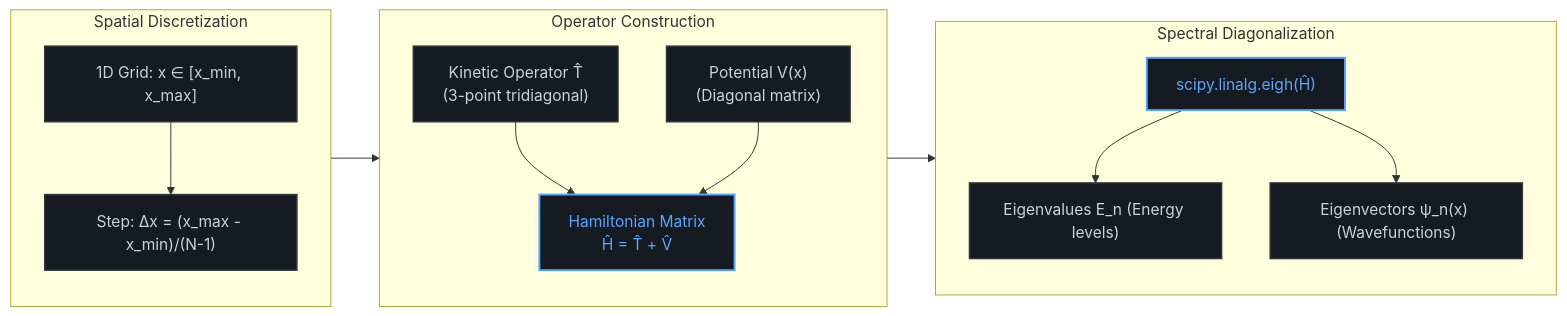
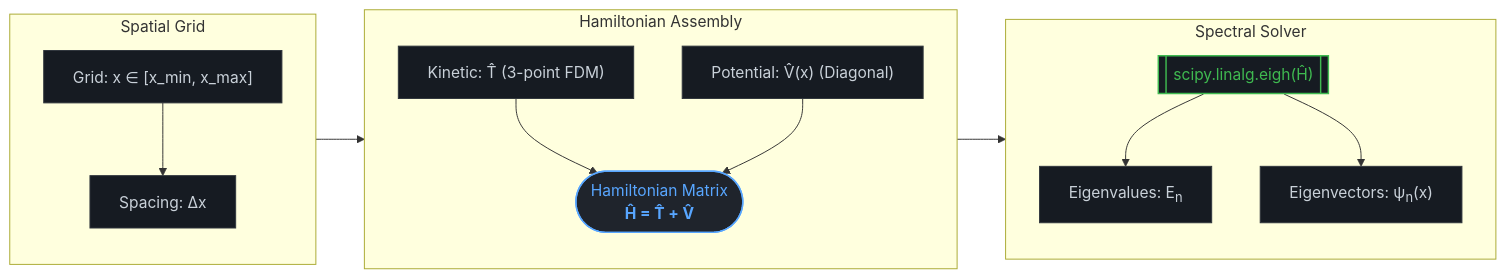
The diagram in README.md (Pau-Gallego-Cistero/computational-quantum-mechanics), drawn with Mermaid before and after one commit.

Commit message:
Refactor README.md flowchart for clarity and style

````diff
--- a/README.md
+++ b/README.md
@@ -16,26 +16,36 @@
 ```mermaid
 flowchart LR
-    subgraph Grid ["Spatial Discretization"]
+    subgraph S1 ["Spatial Grid"]
         direction TB
-        A["1D Grid: x ∈ [x_min, x_max]"] --> B["Step: Δx = (x_max - x_min)/(N-1)"]
+        A["Grid: x ∈ [x_min, x_max]"]
+        B["Spacing: Δx"]
+        A --> B
     end
 
-    subgraph Operator ["Operator Construction"]
+    subgraph S2 ["Hamiltonian Assembly"]
         direction TB
-        C["Kinetic Operator T̂<br/>(3-point tridiagonal)"]
-        D["Potential V(x)<br/>(Diagonal matrix)"]
-        C & D --> E["Hamiltonian Matrix<br/>Ĥ = T̂ + V̂"]
+        C["Kinetic: T̂ (3-point FDM)"]
+        D["Potential: V̂(x) (Diagonal)"]
+        E(["Hamiltonian Matrix<br/><b>Ĥ = T̂ + V̂</b>"])
+        C & D --> E
     end
 
-    subgraph Solver ["Spectral Diagonalization"]
+    subgraph S3 ["Spectral Solver"]
         direction TB
-        F["scipy.linalg.eigh(Ĥ)"] --> G["Eigenvalues E_n (Energy levels)"]
-        F --> H["Eigenvectors ψ_n(x) (Wavefunctions)"]
+        F[["scipy.linalg.eigh(Ĥ)"]]
+        G["Eigenvalues: E<sub>n</sub>"]
+        H["Eigenvectors: ψ<sub>n</sub>(x)"]
+        F --> G
+        F --> H
     end
 
-    Grid --> Operator --> Solver
+    S1 --> S2 --> S3
 
-    classDef default fill:#161b22,stroke:#30363d,stroke-width:1.5px,color:#c9d1d9;
-    classDef highlight fill:#161b22,stroke:#58a6ff,stroke-width:2px,color:#58a6ff;
-    class E,F highlight;
+    %% Estilos refinados para GitHub Dark
+    classDef default fill:#161b22,stroke:#30363d,stroke-width:1px,color:#c9d1d9;
+    classDef main fill:#1f242c,stroke:#58a6ff,stroke-width:1.5px,color:#58a6ff;
+    classDef solver fill:#161b22,stroke:#3fb950,stroke-width:1.5px,color:#3fb950;
+    
+    class E main;
+    class F solver;
 ```
````
